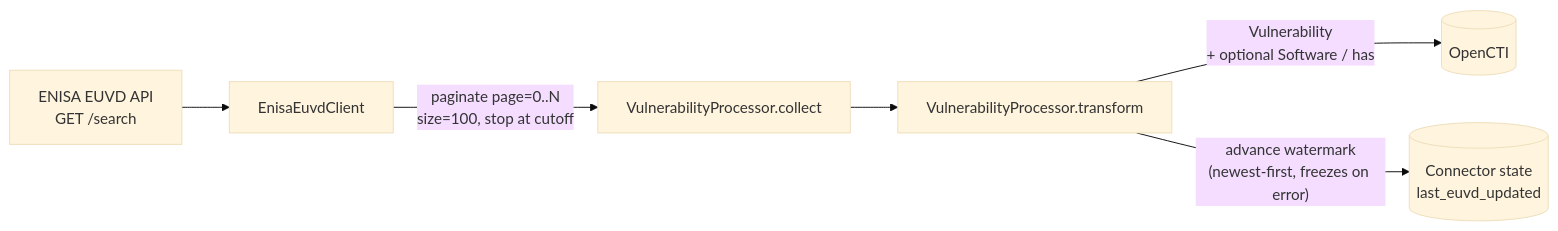
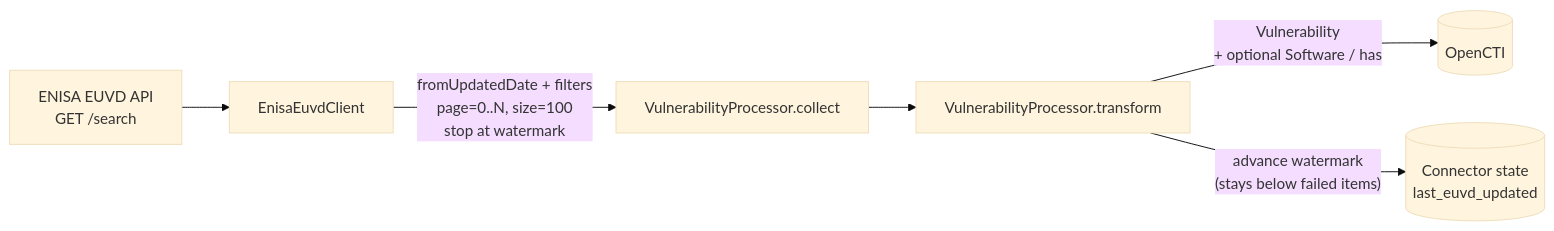
Before and after one commit to OpenCTI-Platform/connectors: the diagram in external-import/enisa-euvd/README.md, drawn with Mermaid (base theme). The commit also changed other lines of this file and 16 other files, not shown here.

First line of the commit message:
fix(euvd): stop re-ingesting the newest item and cover the PRD requirements (#3849)

````diff
--- a/external-import/enisa-euvd/README.md
+++ b/external-import/enisa-euvd/README.md
@@ -118,8 +96,8 @@
 ```mermaid
 flowchart LR
     A["ENISA EUVD API<br/>GET /search"] --> B[EnisaEuvdClient]
-    B -->|"paginate page=0..N<br/>size=100, stop at cutoff"| C[VulnerabilityProcessor.collect]
+    B -->|"fromUpdatedDate + filters<br/>page=0..N, size=100<br/>stop at watermark"| C[VulnerabilityProcessor.collect]
     C --> D[VulnerabilityProcessor.transform]
     D -->|"Vulnerability<br/>+ optional Software / has"| E[(OpenCTI)]
-    D -->|"advance watermark<br/>(newest-first, freezes on error)"| F[(Connector state<br/>last_euvd_updated)]
+    D -->|"advance watermark<br/>(stays below failed items)"| F[(Connector state<br/>last_euvd_updated)]
 ```
````
